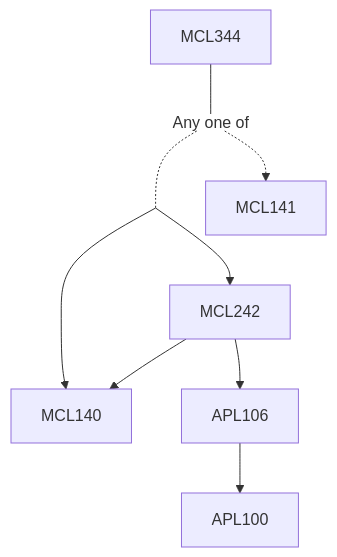
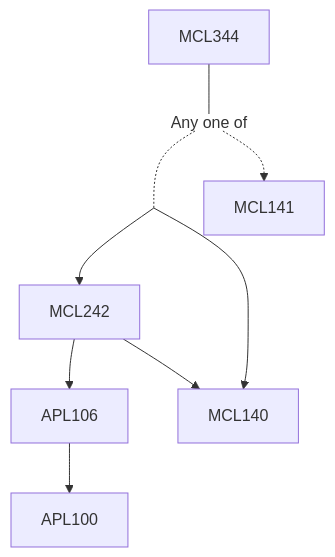
The diagram in content/Mechanical Engineering/MCL344.md (KeshavBansal0122/CoS_Website), drawn with Mermaid before and after one commit. The commit also changed other lines of this file and 392 other files, not shown here.

````diff
--- a/content/Mechanical Engineering/MCL344.md
+++ b/content/Mechanical Engineering/MCL344.md
@@ -15,15 +15,15 @@
 ```mermaid
 flowchart TD
 MCL344-1430[MCL344]
 MCL344-1430 --- Or1431[Any one of]:::empty
 Or1431 -.- and1432[ ]:::trueEmpty
+MCL242-1432 --> APL106-1432[APL106]
+MCL242-1432 --> MCL140-1432[MCL140]
 and1432 --> MCL242-1432[MCL242]
-MCL242-1432 --> MCL140-1432[MCL140]
-MCL242-1432 --> APL106-1432[APL106]
+and1432 --> MCL140-1432[MCL140]
 APL106-1432 --> APL100-1432[APL100]
-and1432 --> MCL140-1432[MCL140]
 Or1431 -.-> MCL141-1433[MCL141]
 
 classDef empty height:17px, fill:transparent, stroke:transparent;
 classDef trueEmpty height:0px, width:0px;
 ```
````
